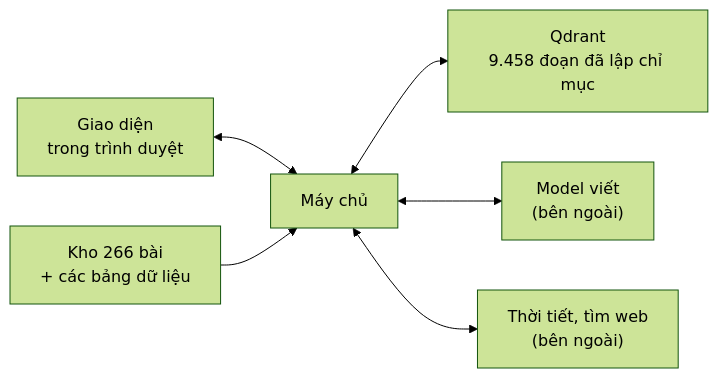
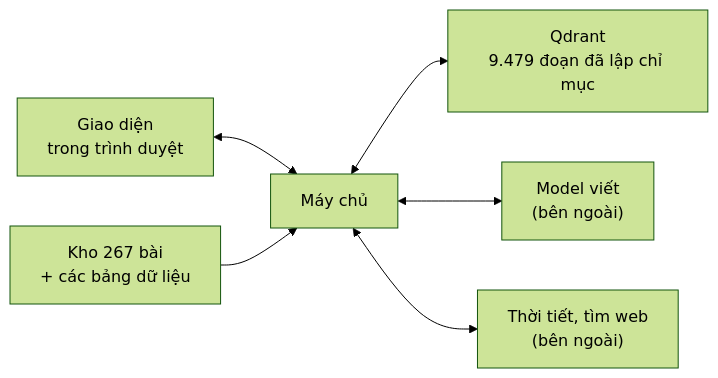
One commit to Sunny-sunnyy/chatbot-hue changed the diagram in bai_hoc/giao_trinh/06_KIEN_TRUC.md. Above: the diagram before and after it, drawn with Mermaid (forest theme). The commit also changed other lines of this file and 33 other files, not shown here.

````diff
--- a/bai_hoc/giao_trinh/06_KIEN_TRUC.md
+++ b/bai_hoc/giao_trinh/06_KIEN_TRUC.md
@@ -45,8 +45,8 @@
 ```mermaid
 flowchart LR
   U["Giao diện<br/>trong trình duyệt"] <--> S["Máy chủ"]
-  S <--> Q["Qdrant<br/>9.458 đoạn đã lập chỉ mục"]
-  K["Kho 266 bài<br/>+ các bảng dữ liệu"] --> S
+  S <--> Q["Qdrant<br/>9.479 đoạn đã lập chỉ mục"]
+  K["Kho 267 bài<br/>+ các bảng dữ liệu"] --> S
   S <--> M["Model viết<br/>(bên ngoài)"]
   S <--> X["Thời tiết, tìm web<br/>(bên ngoài)"]
 ```
````
